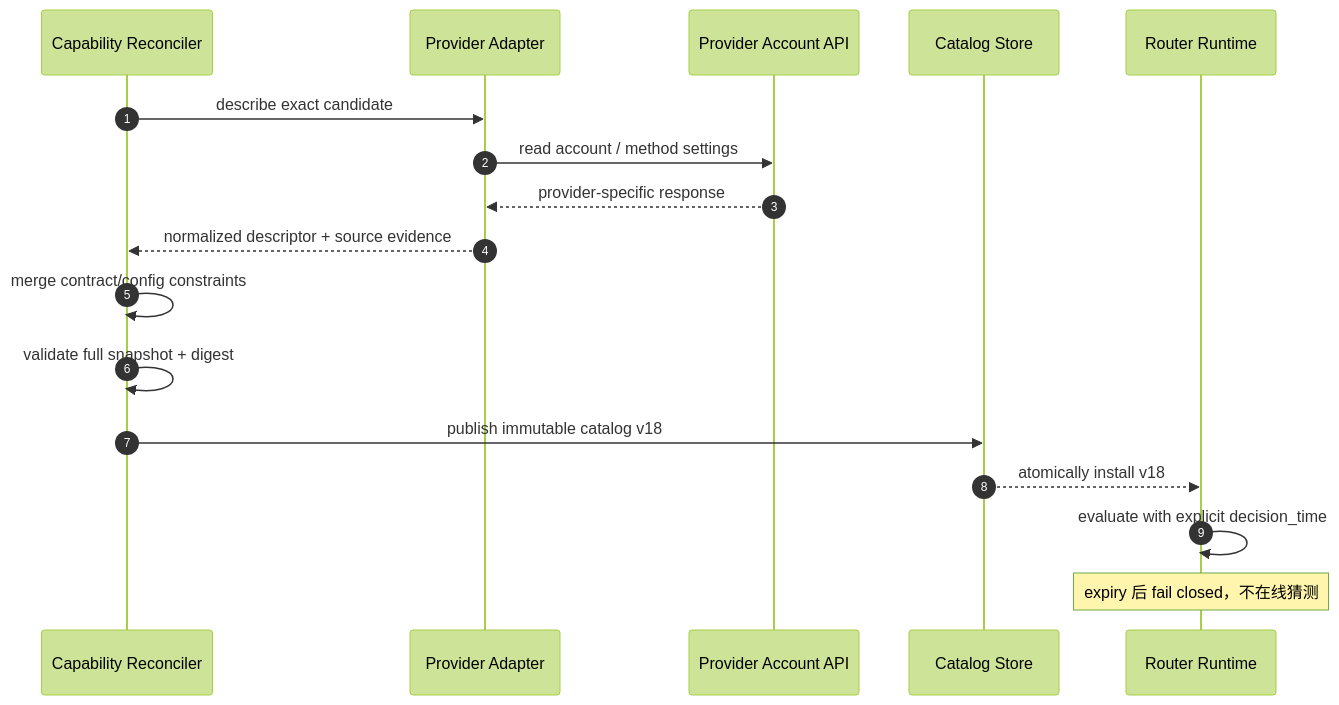
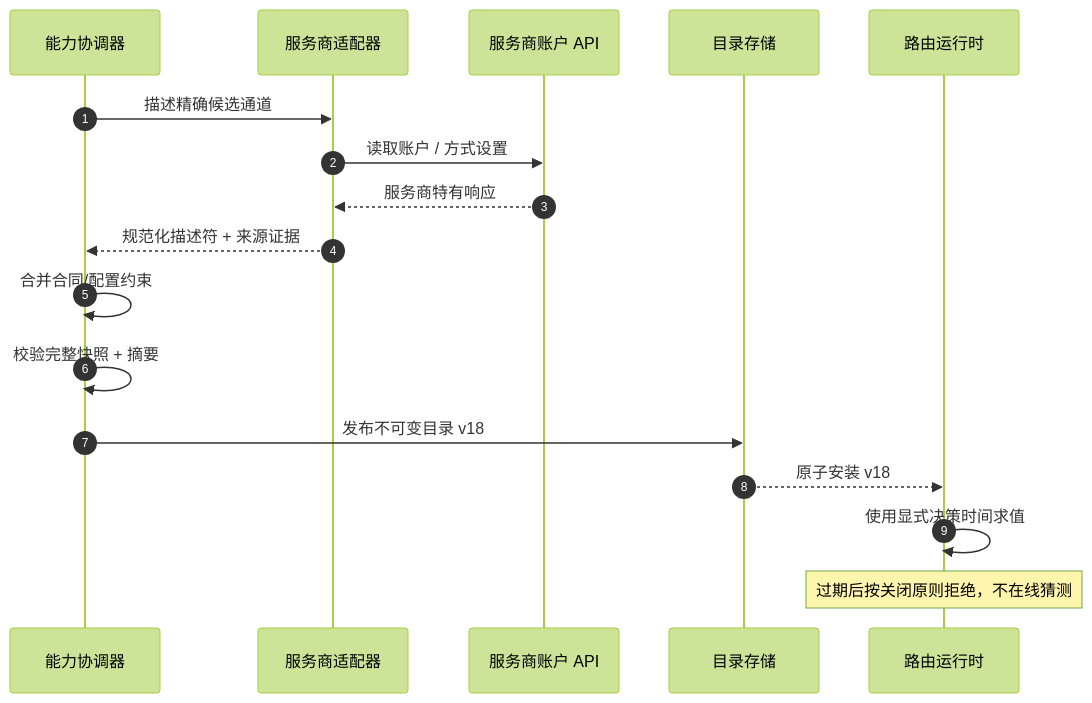
One commit to YouEclipse/Designing-Modern-Payment-Systems changed the third of 4 diagrams in part-2-routing-engine/provider-eligibility.md. Above: the diagram before and after it, drawn with Mermaid (forest theme). The commit also changed other lines of this file and 59 other files, not shown here.

````diff
--- a/part-2-routing-engine/provider-eligibility.md
+++ b/part-2-routing-engine/provider-eligibility.md
@@ -389,20 +389,20 @@
 ```mermaid
 sequenceDiagram
     autonumber
-    participant CP as Capability Reconciler
-    participant A as Provider Adapter
-    participant P as Provider Account API
-    participant C as Catalog Store
-    participant R as Router Runtime
+    participant CP as 能力协调器
+    participant A as 服务商适配器
+    participant P as 服务商账户 API
+    participant C as 目录存储
+    participant R as 路由运行时
 
-    CP->>A: describe exact candidate
-    A->>P: read account / method settings
-    P-->>A: provider-specific response
-    A-->>CP: normalized descriptor + source evidence
-    CP->>CP: merge contract/config constraints
-    CP->>CP: validate full snapshot + digest
-    CP->>C: publish immutable catalog v18
-    C-->>R: atomically install v18
-    R->>R: evaluate with explicit decision_time
-    Note over R: expiry 后 fail closed，不在线猜测
+    CP->>A: 描述精确候选通道
+    A->>P: 读取账户 / 方式设置
+    P-->>A: 服务商特有响应
+    A-->>CP: 规范化描述符 + 来源证据
+    CP->>CP: 合并合同/配置约束
+    CP->>CP: 校验完整快照 + 摘要
+    CP->>C: 发布不可变目录 v18
+    C-->>R: 原子安装 v18
+    R->>R: 使用显式决策时间求值
+    Note over R: 过期后按关闭原则拒绝，不在线猜测
 ```
````
